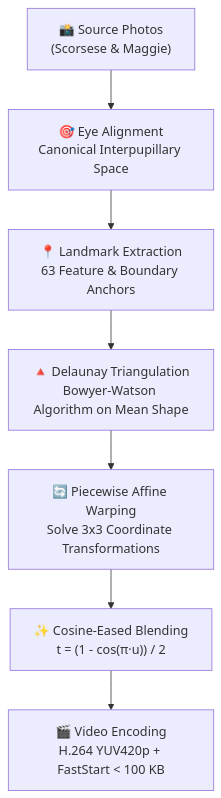
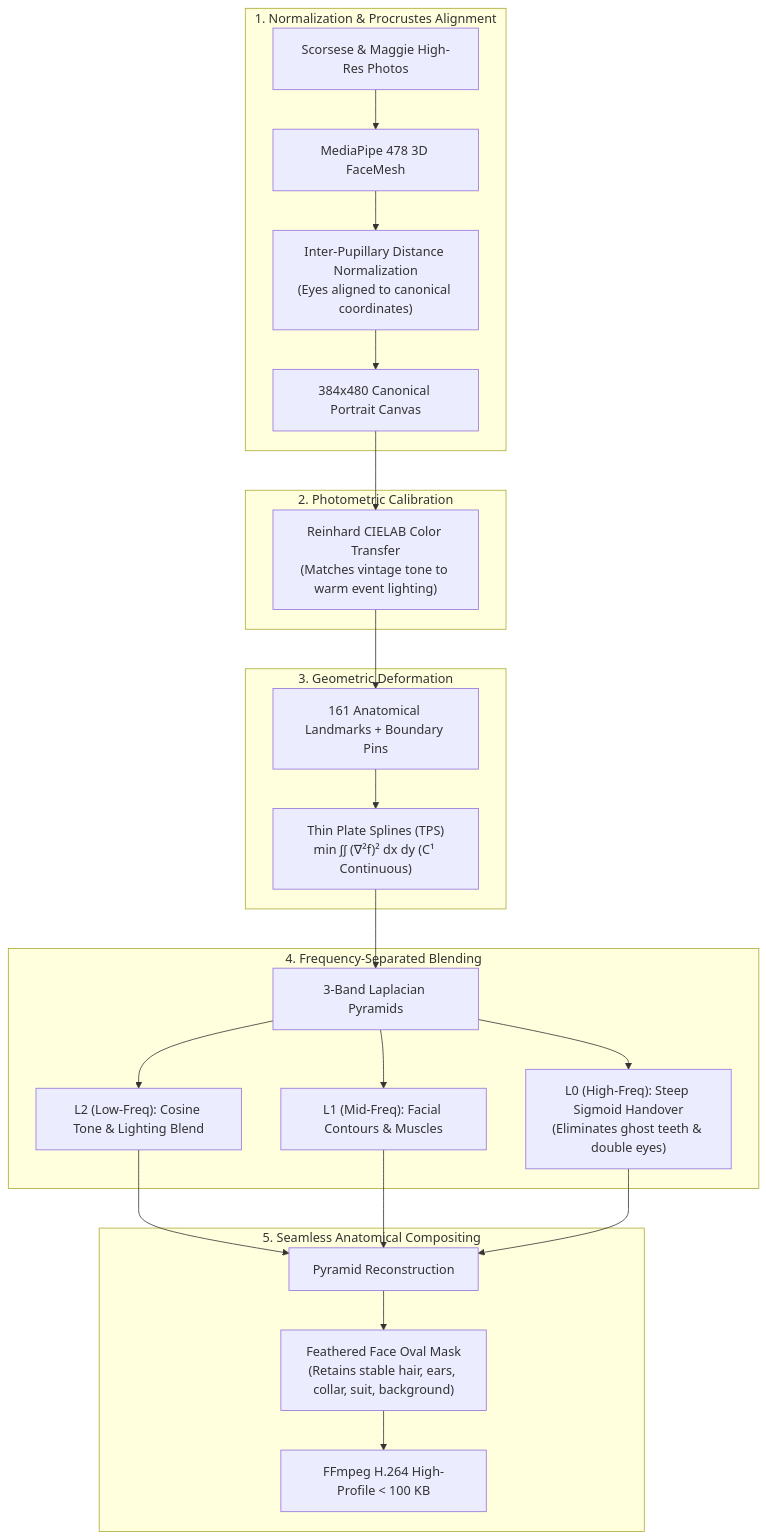
Before and after one commit to Kabyik-Kayal/face-morph-video: the diagram in README.md, drawn with Mermaid. The commit also changed other lines of this file and 6 other files, not shown here.

Commit message:
feat: upgrade to MediaPipe 478 Mesh, 384x480 resolution, Reinhard tone transfer, and 3-band Laplacian blending

````diff
--- a/README.md
+++ b/README.md
@@ -39,9 +42,30 @@
 ```mermaid
 flowchart TD
-    A["📸 Source Photos<br/>(Scorsese & Maggie)"] --> B["🎯 Eye Alignment<br/>Canonical Interpupillary Space"]
-    B --> C["📍 Landmark Extraction<br/>63 Feature & Boundary Anchors"]
-    C --> D["🔺 Delaunay Triangulation<br/>Bowyer-Watson Algorithm on Mean Shape"]
-    D --> E["🔄 Piecewise Affine Warping<br/>Solve 3x3 Coordinate Transformations"]
-    E --> F["✨ Cosine-Eased Blending<br/>t = (1 - cos(π·u)) / 2"]
-    F --> G["🎬 Video Encoding<br/>H.264 YUV420p + FastStart &lt; 100 KB"]
+    subgraph S1 ["1. Normalization & Procrustes Alignment"]
+        A["Scorsese & Maggie High-Res Photos"] --> B["MediaPipe 478 3D FaceMesh"]
+        B --> C["Inter-Pupillary Distance Normalization<br/>(Eyes aligned to canonical coordinates)"]
+        C --> D["384x480 Canonical Portrait Canvas"]
+    end
+
+    subgraph S2 ["2. Photometric Calibration"]
+        D --> E["Reinhard CIELAB Color Transfer<br/>(Matches vintage tone to warm event lighting)"]
+    end
+
+    subgraph S3 ["3. Geometric Deformation"]
+        E --> F["161 Anatomical Landmarks + Boundary Pins"]
+        F --> G["Thin Plate Splines (TPS)<br/>min ∫∫ (∇²f)² dx dy (C¹ Continuous)"]
+    end
+
+    subgraph S4 ["4. Frequency-Separated Blending"]
+        G --> H["3-Band Laplacian Pyramids"]
+        H --> I["L2 (Low-Freq): Cosine Tone & Lighting Blend"]
+        H --> J["L1 (Mid-Freq): Facial Contours & Muscles"]
+        H --> K["L0 (High-Freq): Steep Sigmoid Handover<br/>(Eliminates ghost teeth & double eyes)"]
+    end
+
+    subgraph S5 ["5. Seamless Anatomical Compositing"]
+        I & J & K --> L["Pyramid Reconstruction"]
+        L --> M["Feathered Face Oval Mask<br/>(Retains stable hair, ears, collar, suit, background)"]
+        M --> N["FFmpeg H.264 High-Profile &lt; 100 KB"]
+    end
 ```
````
